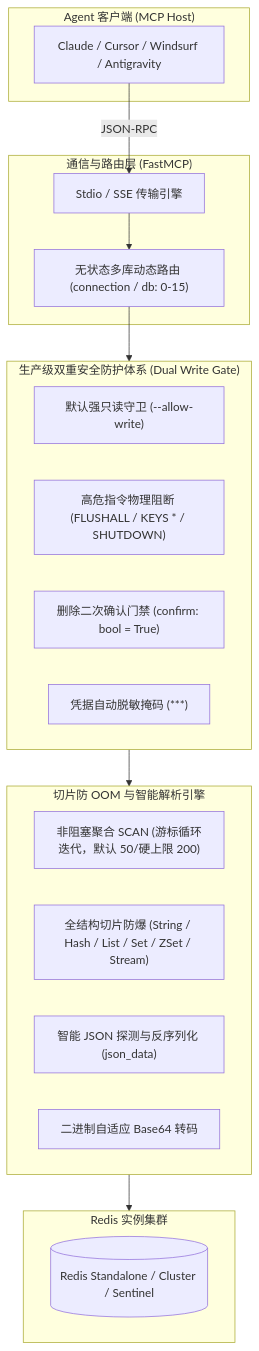
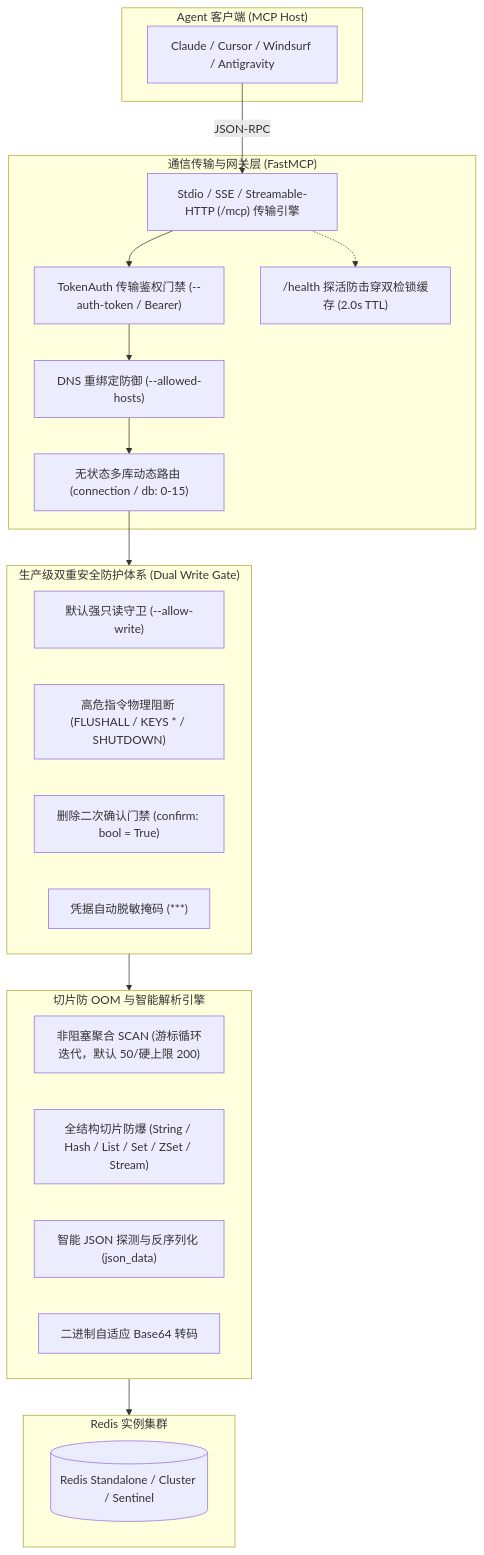
The diagram in docs/servers/database/redis.md (atengk/Ateng-MCP), drawn with Mermaid before and after one commit. The commit also changed other lines of this file and 12 other files, not shown here.

````diff
--- a/docs/servers/database/redis.md
+++ b/docs/servers/database/redis.md
@@ -16,35 +16,39 @@
 ```mermaid
 flowchart TD
     subgraph ClientHost["Agent 客户端 (MCP Host)"]
         Client["Claude / Cursor / Windsurf / Antigravity"]
     end
 
-    subgraph ProtocolLayer["通信与路由层 (FastMCP)"]
-        Transport["Stdio / SSE 传输引擎"]
+    subgraph ProtocolLayer["通信传输与网关层 (FastMCP)"]
+        Transport["Stdio / SSE / Streamable-HTTP (/mcp) 传输引擎"]
+        AuthGate["TokenAuth 传输鉴权门禁 (--auth-token / Bearer)"]
+        HostDefense["DNS 重绑定防御 (--allowed-hosts)"]
+        HealthCache["/health 探活防击穿双检锁缓存 (2.0s TTL)"]
         Router["无状态多库动态路由 (connection / db: 0-15)"]
     end
 
     subgraph SafetyGate["生产级双重安全防护体系 (Dual Write Gate)"]
         ReadOnlyGuard["默认强只读守卫 (--allow-write)"]
         BlockedCmds["高危指令物理阻断 (FLUSHALL / KEYS * / SHUTDOWN)"]
         DelConfirm["删除二次确认门禁 (confirm: bool = True)"]
         Masking["凭据自动脱敏掩码 (***)"]
     end
 
     subgraph SliceEngine["切片防 OOM 与智能解析引擎"]
         ScanIter["非阻塞聚合 SCAN (游标循环迭代，默认 50/硬上限 200)"]
         TypeSlice["全结构切片防爆 (String / Hash / List / Set / ZSet / Stream)"]
         JSONDetect["智能 JSON 探测与反序列化 (json_data)"]
         Base64Code["二进制自适应 Base64 转码"]
     end
 
     subgraph Cluster["Redis 实例集群"]
         R1[("Redis Standalone / Cluster / Sentinel")]
     end
 
     Client -->|JSON-RPC| Transport
-    Transport --> Router
+    Transport --> AuthGate --> HostDefense --> Router
+    Transport -.-> HealthCache
     Router --> SafetyGate
     SafetyGate --> SliceEngine
     SliceEngine --> Cluster
 ```
````
